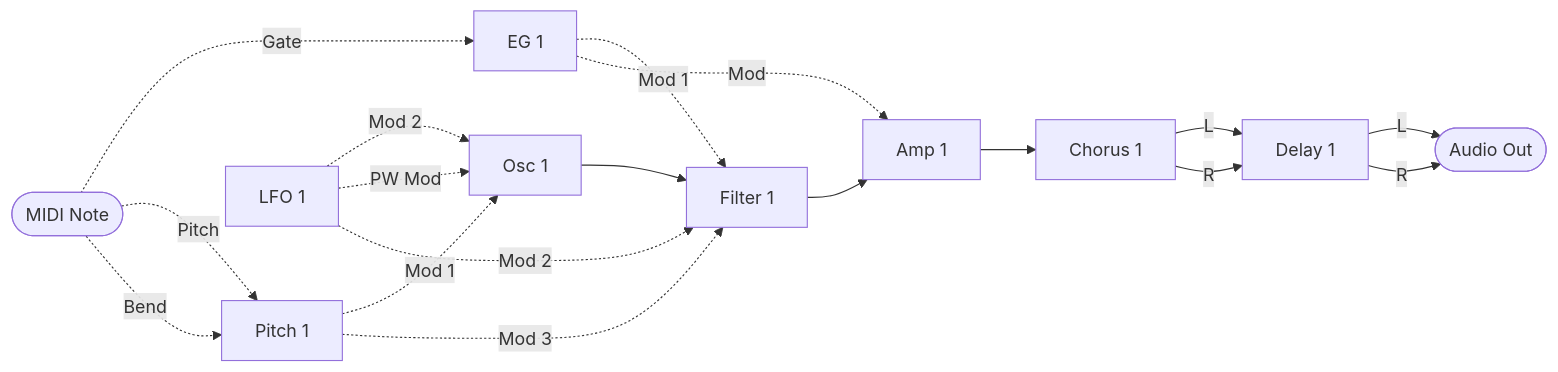
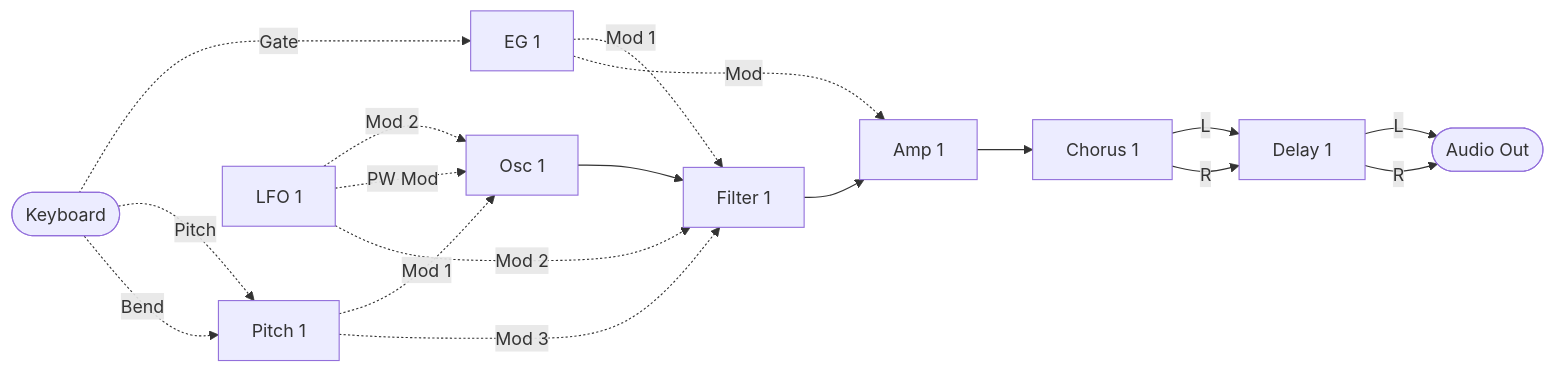
The first of 6 diagrams in spms1_type2/README.ja.md (risgk/midi_synthesizer_spms1), drawn with Mermaid before and after one commit. The commit also changed 2 other files, not shown here.

Commit message:
type-2 editor: Call the Note node Keyboard, since Bend is on it with Pitch and Gate
The signals keep their names (Note Pitch, Note Gate, Pitch Bend). The README diagrams name the
source Keyboard as well.

Claude-Session: https://claude.ai/code/session_01N7mMVnoKzjmRDboQE4ZMEq

````diff
--- a/spms1_type2/README.ja.md
+++ b/spms1_type2/README.ja.md
@@ -138,32 +138,32 @@
 ```mermaid
 flowchart LR
-  NOTE([MIDI Note])
+  KBD([Keyboard])
   PITCH[Pitch 1]
   LFO[LFO 1]
   EG[EG 1]
   OSC[Osc 1]
   FILTER[Filter 1]
   AMP[Amp 1]
   CHORUS[Chorus 1]
   DELAY[Delay 1]
   OUT([Audio Out])
 
   OSC --> FILTER
   FILTER --> AMP
   AMP --> CHORUS
   CHORUS -->|L| DELAY
   CHORUS -->|R| DELAY
   DELAY -->|L| OUT
   DELAY -->|R| OUT
 
-  NOTE -. Gate .-> EG
-  NOTE -. Pitch .-> PITCH
-  NOTE -. Bend .-> PITCH
+  KBD -. Gate .-> EG
+  KBD -. Pitch .-> PITCH
+  KBD -. Bend .-> PITCH
   PITCH -. Mod 1 .-> OSC
   LFO -. Mod 2 .-> OSC
   LFO -. PW Mod .-> OSC
   EG -. Mod 1 .-> FILTER
   LFO -. Mod 2 .-> FILTER
   PITCH -. Mod 3 .-> FILTER
   EG -. Mod .-> AMP
 ```
````
